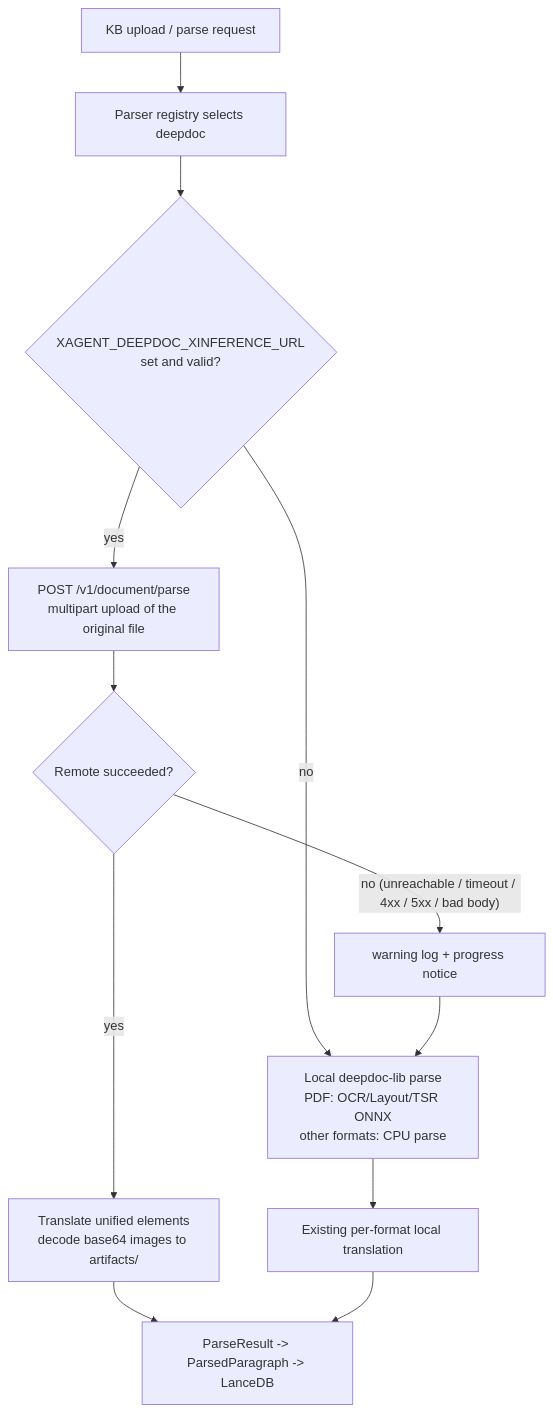
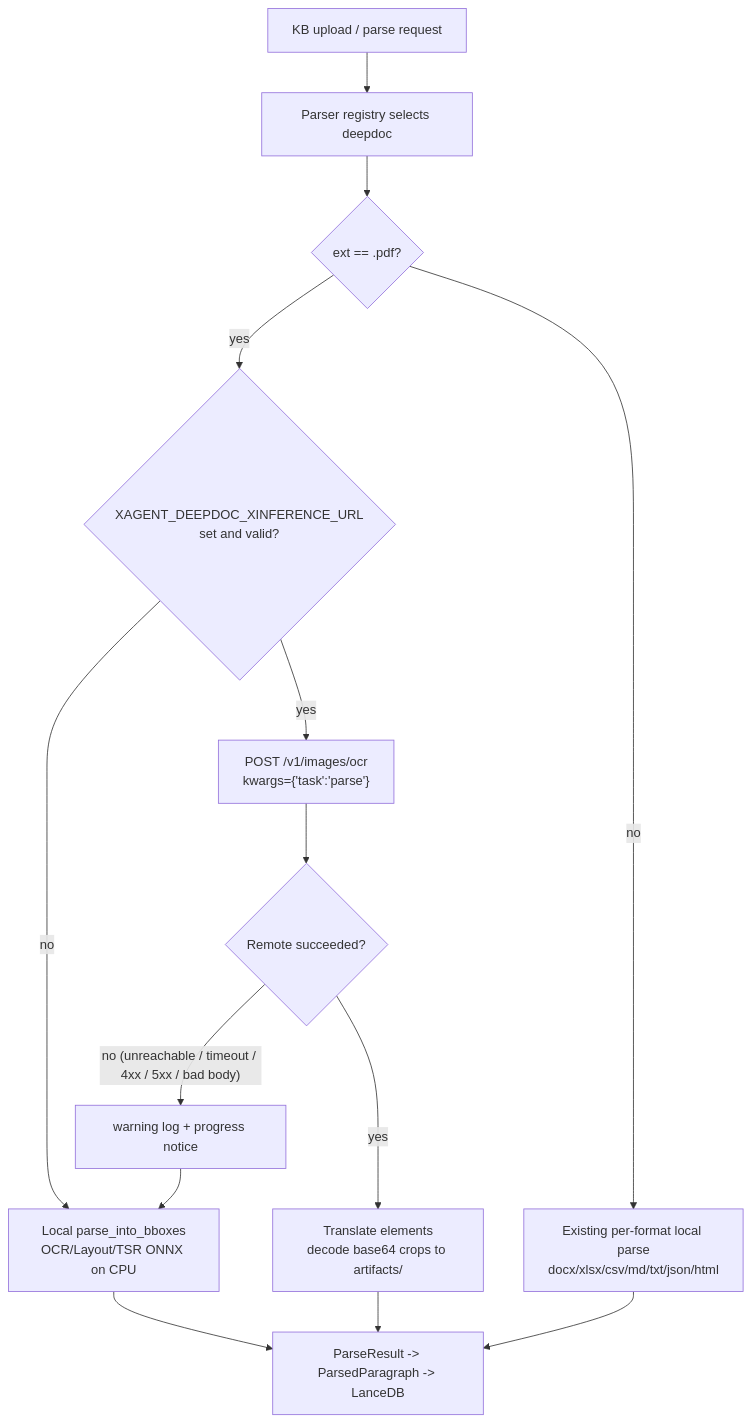
Before and after one commit to OliverBryant/xagent: the first of 2 diagrams in docs/deepdoc-remote-parsing.md, drawn with Mermaid. The commit also changed other lines of this file and 7 other files, not shown here.

````diff
--- a/docs/deepdoc-remote-parsing.md
+++ b/docs/deepdoc-remote-parsing.md
@@ -43,13 +51,15 @@
 ```mermaid
 flowchart TD
     A[KB upload / parse request] --> B[Parser registry selects deepdoc]
-    B --> C{XAGENT_DEEPDOC_XINFERENCE_URL<br/>set and valid?}
-    C -- no --> L[Local deepdoc-lib parse<br/>PDF: OCR/Layout/TSR ONNX<br/>other formats: CPU parse]
-    C -- yes --> R[POST /v1/document/parse<br/>multipart upload of the original file]
+    B --> G{ext == .pdf?}
+    G -- no --> U[Existing per-format local parse<br/>docx/xlsx/csv/md/txt/json/html]
+    G -- yes --> C{XAGENT_DEEPDOC_XINFERENCE_URL<br/>set and valid?}
+    C -- no --> L[Local parse_into_bboxes<br/>OCR/Layout/TSR ONNX on CPU]
+    C -- yes --> R["POST /v1/images/ocr<br/>kwargs={'task':'parse'}"]
     R --> S{Remote succeeded?}
-    S -- yes --> T[Translate unified elements<br/>decode base64 images to artifacts/]
+    S -- yes --> T[Translate elements<br/>decode base64 crops to artifacts/]
     S -- "no (unreachable / timeout / 4xx / 5xx / bad body)" --> W[warning log + progress notice] --> L
-    L --> U[Existing per-format local translation]
-    T --> P[ParseResult -> ParsedParagraph -> LanceDB]
+    L --> P[ParseResult -> ParsedParagraph -> LanceDB]
+    T --> P
     U --> P
 ```
````
